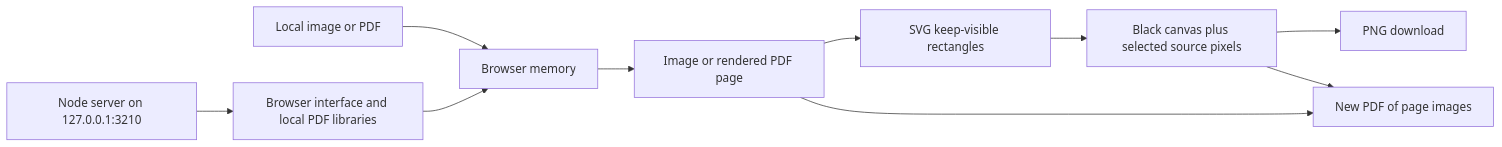
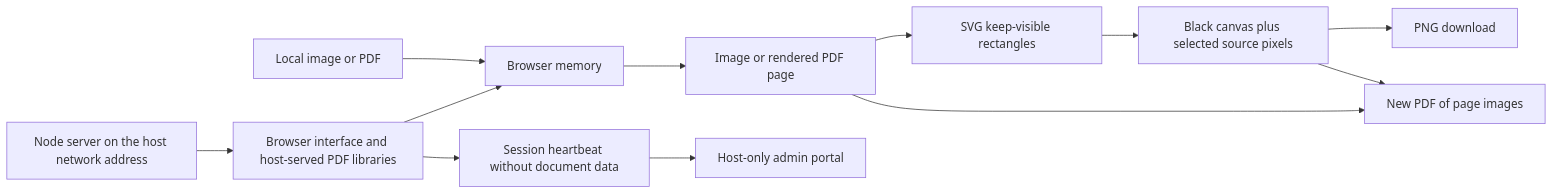
The diagram in design.md (BFH-coder01/PdfImageObfuscator), drawn with Mermaid before and after one commit. The commit also changed other lines of this file and 11 other files, not shown here.

Commit message:
Add shared network access, admin session portal and neutral styling

````diff
--- a/design.md
+++ b/design.md
@@ -43,12 +43,14 @@
 ```mermaid
 flowchart LR
     A[Local image or PDF] --> B[Browser memory]
-    S[Node server on 127.0.0.1:3210] --> U[Browser interface and local PDF libraries]
+    S[Node server on the host network address] --> U[Browser interface and host-served PDF libraries]
     U --> B
     B --> C[Image or rendered PDF page]
     C --> D[SVG keep-visible rectangles]
     D --> E[Black canvas plus selected source pixels]
     E --> F[PNG download]
     E --> G[New PDF of page images]
     C --> G
+    U --> H[Session heartbeat without document data]
+    H --> I[Host-only admin portal]
 ```
````
